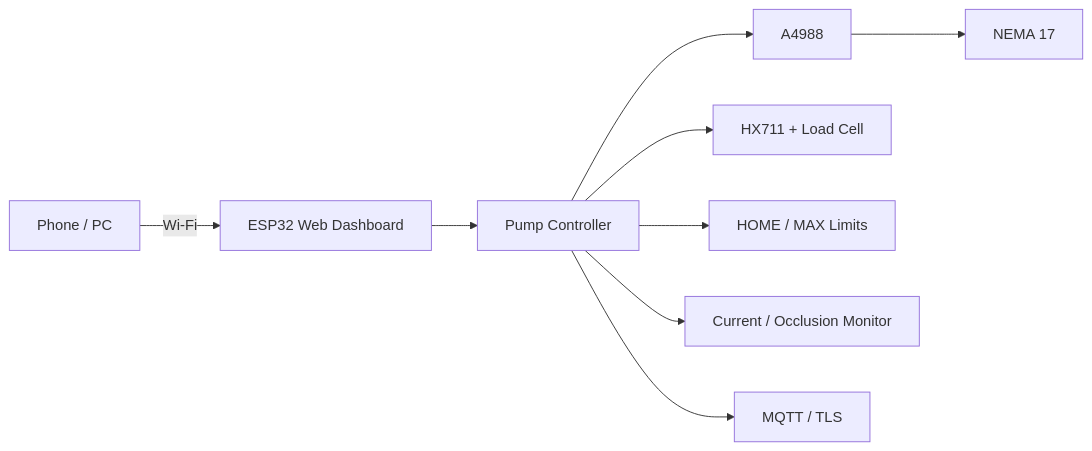
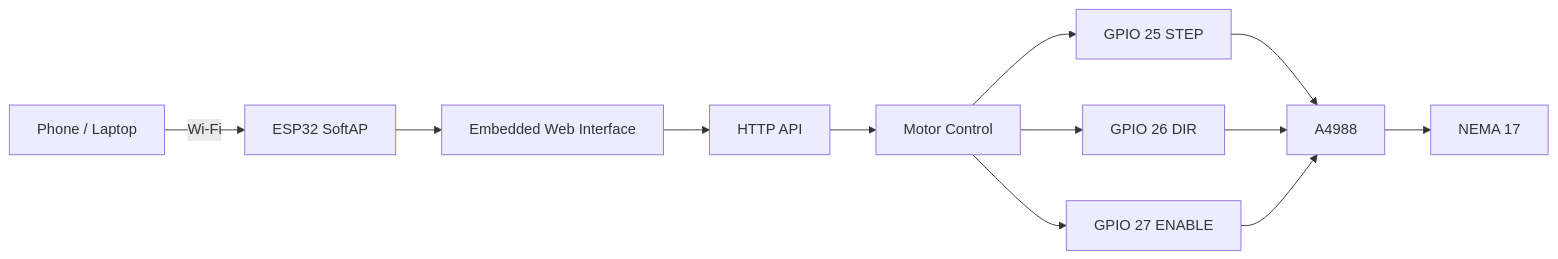
Before and after one commit to ptech8000/ESP32_NEMA17_Web_Controller: the diagram in README.md, drawn with Mermaid. The commit also changed other lines of this file, not shown here.

Commit message:
docs: update README to match current firmware

````diff
--- a/README.md
+++ b/README.md
@@ -102,11 +47,14 @@
 ```mermaid
 flowchart LR
-    U[Phone / PC] -->|Wi-Fi| W[ESP32 Web Dashboard]
-    W --> C[Pump Controller]
-    C --> D[A4988]
-    D --> M[NEMA 17]
-    C --> H[HX711 + Load Cell]
-    C --> L[HOME / MAX Limits]
-    C --> S[Current / Occlusion Monitor]
-    C --> Q[MQTT / TLS]
+    U[Phone / Laptop] -->|Wi-Fi| AP[ESP32 SoftAP]
+    AP --> WEB[Embedded Web Interface]
+    WEB --> API[HTTP API]
+    API --> CTRL[Motor Control]
+    CTRL --> STEP[GPIO 25 STEP]
+    CTRL --> DIR[GPIO 26 DIR]
+    CTRL --> EN[GPIO 27 ENABLE]
+    STEP --> A[A4988]
+    DIR --> A
+    EN --> A
+    A --> M[NEMA 17]
 ```
````
